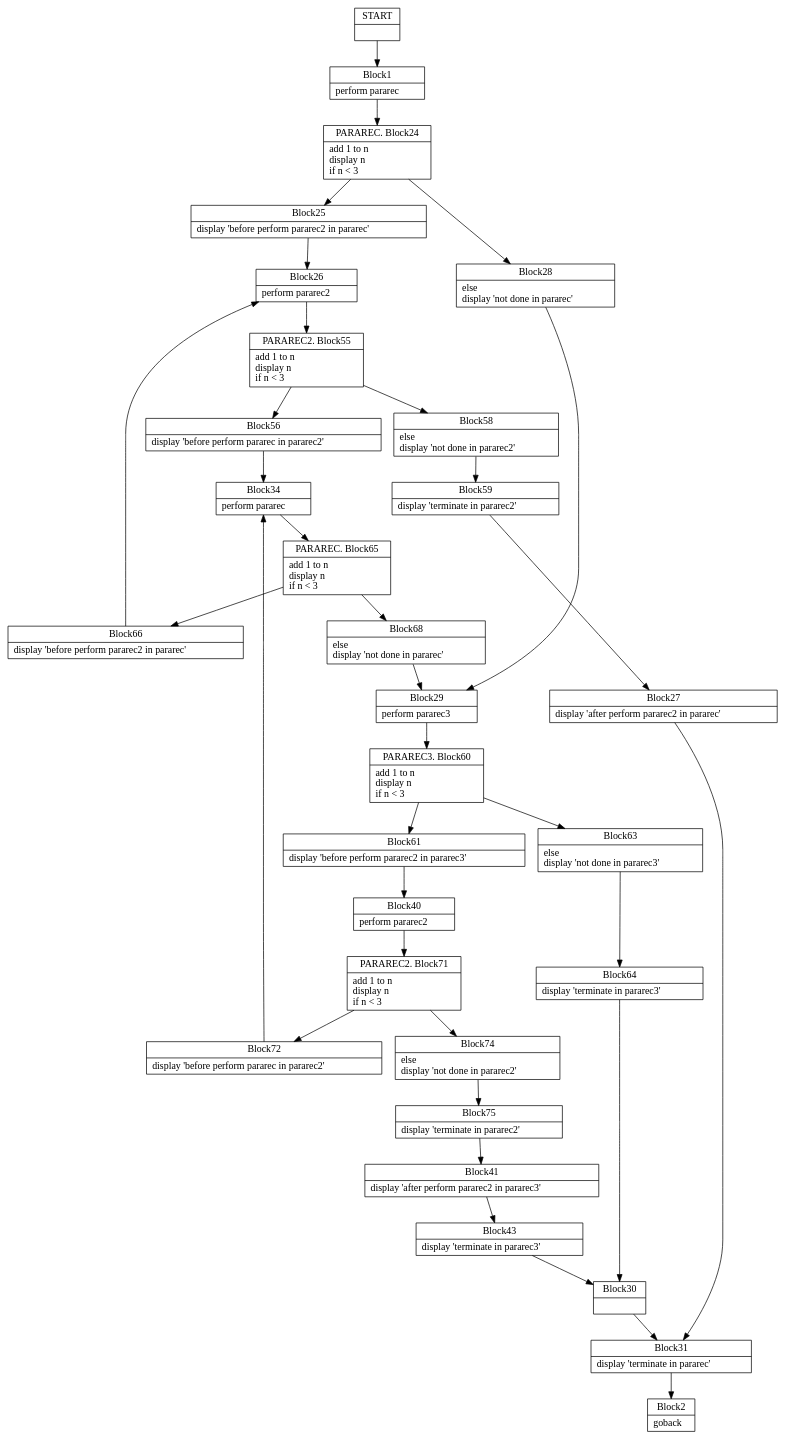
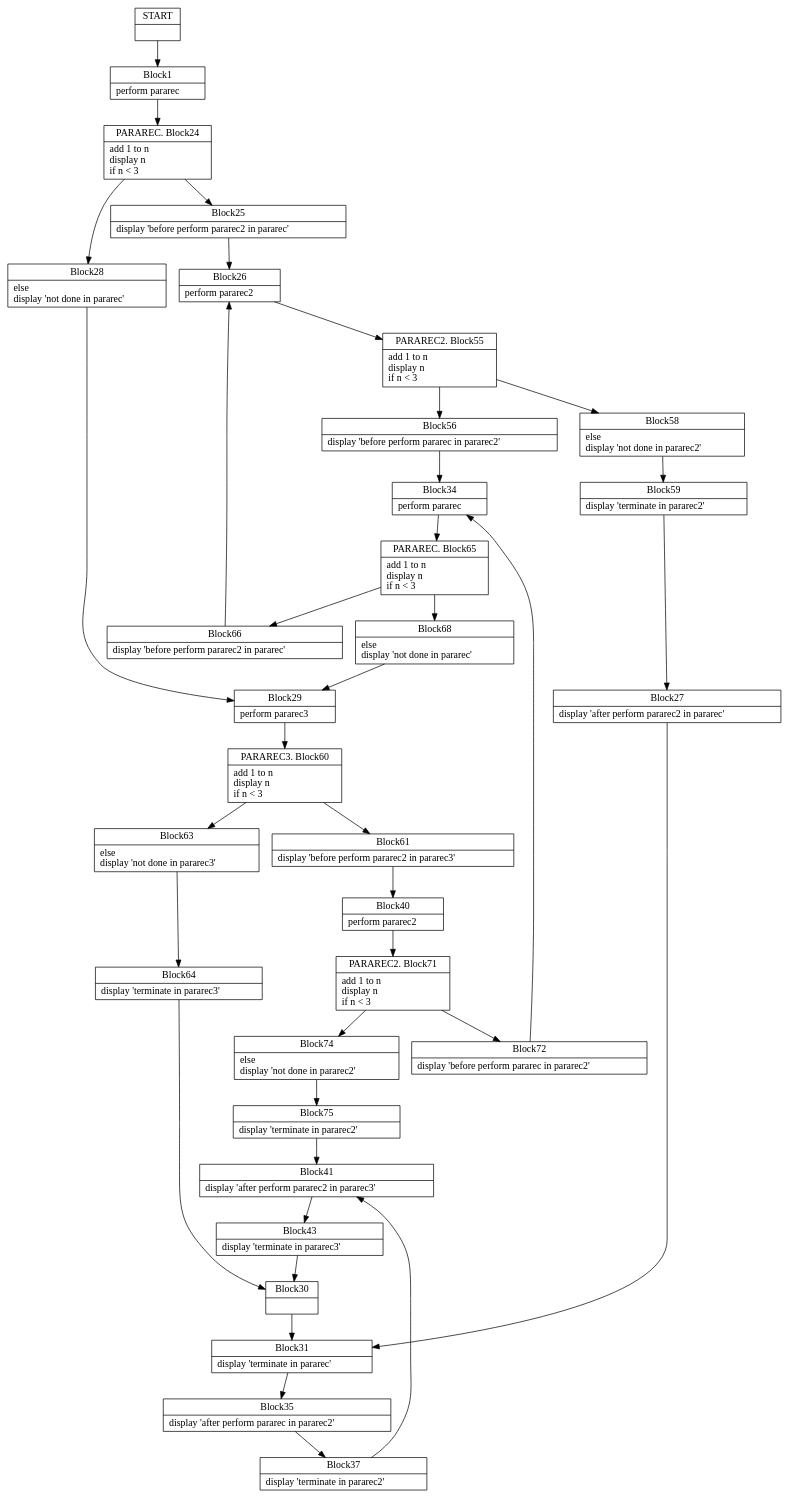
One commit to TypeCobolTeam/TypeCobol changed the diagram in TypeCobol.Analysis.Test/BasicCfgInstrs/ExtendedPerformProc3Recursive0.dot. Above: the diagram before and after it, drawn with Graphviz. The commit also changed 12 other files, not shown here.

```diff
--- a/TypeCobol.Analysis.Test/BasicCfgInstrs/ExtendedPerformProc3Recursive0.dot
+++ b/TypeCobol.Analysis.Test/BasicCfgInstrs/ExtendedPerformProc3Recursive0.dot
@@ -1,135 +1,140 @@
 digraph Cfg {
 compound=true;
 node [
 shape = "record"
 ]
 
 edge [
 arrowtail = "empty"
 ]
 Block0 [
 label = "{START|}"
 ]
 Block1 [
 label = "{Block1|    perform pararec\l}"
 ]
 Block24 [
 label = "{PARAREC. Block24|    add 1 to n\l    display n\l    if n \< 3\l}"
 ]
 Block25 [
 label = "{Block25|       display 'before perform pararec2 in pararec'\l}"
 ]
 Block26 [
 label = "{Block26|       perform pararec2\l}"
 ]
 Block55 [
 label = "{PARAREC2. Block55|    add 1 to n\l    display n\l    if n \< 3\l}"
 ]
 Block56 [
 label = "{Block56|       display 'before perform pararec in pararec2'\l}"
 ]
 Block34 [
 label = "{Block34|       perform pararec\l}"
 ]
 Block65 [
 label = "{PARAREC. Block65|    add 1 to n\l    display n\l    if n \< 3\l}"
 ]
 Block66 [
 label = "{Block66|       display 'before perform pararec2 in pararec'\l}"
 ]
 Block68 [
 label = "{Block68|    else\l       display 'not done in pararec'\l}"
 ]
 Block29 [
 label = "{Block29|       perform pararec3\l}"
 ]
 Block60 [
 label = "{PARAREC3. Block60|    add 1 to n\l    display n\l    if n \< 3\l}"
 ]
 Block61 [
 label = "{Block61|       display 'before perform pararec2 in pararec3'\l}"
 ]
 Block40 [
 label = "{Block40|       perform pararec2\l}"
 ]
 Block71 [
 label = "{PARAREC2. Block71|    add 1 to n\l    display n\l    if n \< 3\l}"
 ]
 Block72 [
 label = "{Block72|       display 'before perform pararec in pararec2'\l}"
 ]
 Block74 [
 label = "{Block74|    else\l       display 'not done in pararec2'\l}"
 ]
 Block75 [
 label = "{Block75|    display 'terminate in pararec2'\l}"
 ]
 Block41 [
 label = "{Block41|       display 'after perform pararec2 in pararec3'\l}"
 ]
 Block43 [
 label = "{Block43|    display 'terminate in pararec3'\l}"
 ]
 Block30 [
 label = "{Block30|}"
 ]
 Block31 [
 label = "{Block31|    display 'terminate in pararec'\l}"
 ]
-Block2 [
-label = "{Block2|    goback\l}"
+Block35 [
+label = "{Block35|       display 'after perform pararec in pararec2'\l}"
+]
+Block37 [
+label = "{Block37|    display 'terminate in pararec2'\l}"
 ]
 Block63 [
 label = "{Block63|    else\l       display 'not done in pararec3'\l}"
 ]
 Block64 [
 label = "{Block64|    display 'terminate in pararec3'\l}"
 ]
 Block58 [
 label = "{Block58|    else\l       display 'not done in pararec2'\l}"
 ]
 Block59 [
 label = "{Block59|    display 'terminate in pararec2'\l}"
 ]
 Block27 [
 label = "{Block27|       display 'after perform pararec2 in pararec'\l}"
 ]
 Block28 [
 label = "{Block28|    else\l       display 'not done in pararec'\l}"
 ]
 Block0 -> Block1
 Block1 -> Block24
 Block24 -> Block25
 Block24 -> Block28
 Block25 -> Block26
 Block26 -> Block55
 Block55 -> Block56
 Block55 -> Block58
 Block56 -> Block34
 Block34 -> Block65
 Block65 -> Block66
 Block65 -> Block68
 Block66 -> Block26
 Block68 -> Block29
 Block29 -> Block60
 Block60 -> Block61
 Block60 -> Block63
 Block61 -> Block40
 Block40 -> Block71
 Block71 -> Block72
 Block71 -> Block74
 Block72 -> Block34
 Block74 -> Block75
 Block75 -> Block41
 Block41 -> Block43
 Block43 -> Block30
 Block30 -> Block31
-Block31 -> Block2
+Block31 -> Block35
+Block35 -> Block37
+Block37 -> Block41
 Block63 -> Block64
 Block64 -> Block30
 Block58 -> Block59
 Block59 -> Block27
 Block27 -> Block31
 Block28 -> Block29
 
 }
```
